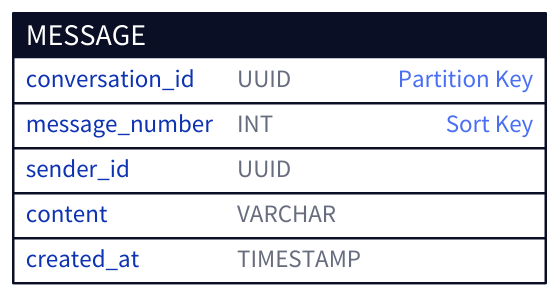
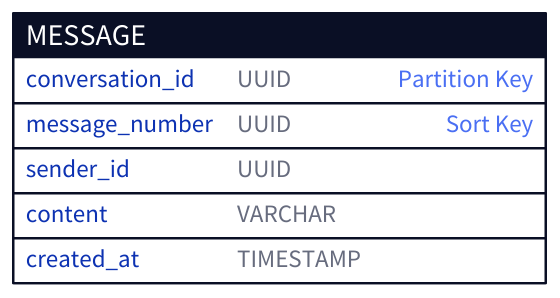
One commit to link1905/system-design-101 changed the second of 19 diagrams in content/practices/chat-system/_index.md. Above: the diagram before and after it, drawn with D2. The commit also changed other lines of this file and 42 other files, not shown here.

````diff
--- a/content/practices/chat-system/_index.md
+++ b/content/practices/chat-system/_index.md
@@ -89,10 +89,10 @@
 ```d2
 MESSAGE {
     shape: sql_table
     conversation_id: UUID {constraint: Partition Key}
-    message_number: INT {constraint: Sort Key}
+    message_number: UUID {constraint: Sort Key}
     sender_id: UUID
     content: VARCHAR
     created_at: TIMESTAMP
 }
 ```
````
